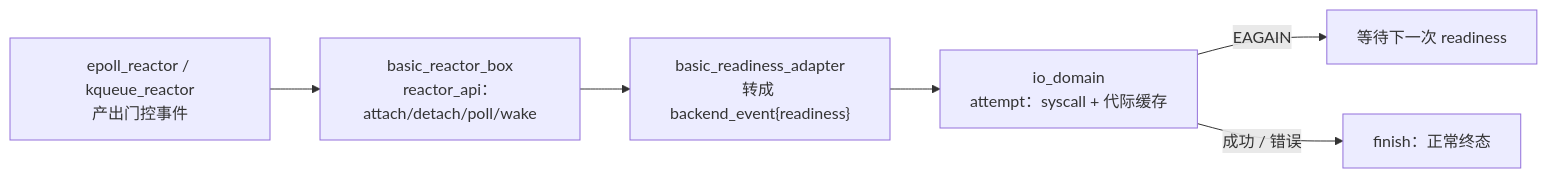
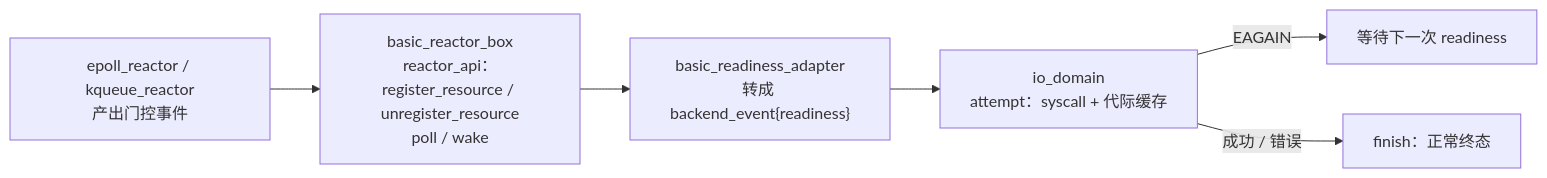
Before and after one commit to superlxh02/faio: diagram 15 of 19 in docs/异步IO.md, drawn with Mermaid. The commit also changed other lines of this file and 24 other files, not shown here.

````diff
--- a/docs/异步IO.md
+++ b/docs/异步IO.md
@@ -3518,8 +3525,8 @@
 ```mermaid
 flowchart LR
-    A["epoll_reactor / kqueue_reactor<br/>产出门控事件"] --> B["basic_reactor_box<br/>reactor_api：attach/detach/poll/wake"]
+    A["epoll_reactor / kqueue_reactor<br/>产出门控事件"] --> B["basic_reactor_box<br/>reactor_api：register_resource / unregister_resource<br/>poll / wake"]
     B --> C["basic_readiness_adapter<br/>转成 backend_event{readiness}"]
     C --> D["io_domain<br/>attempt：syscall + 代际缓存"]
     D -->|"EAGAIN"| E["等待下一次 readiness"]
     D -->|"成功 / 错误"| F["finish：正常终态"]
 ```
````
